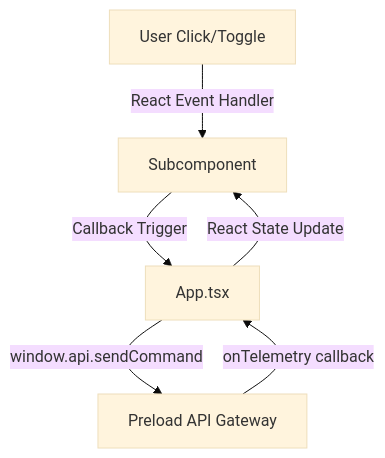
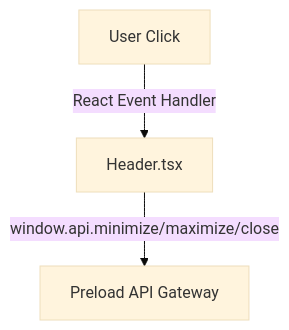
The diagram in src/renderer/CONTEXT.md (Masterslayer7/FocusSentinel), drawn with Mermaid (base theme) before and after one commit. The commit also changed other lines of this file and 3 other files, not shown here.

````diff
--- a/src/renderer/CONTEXT.md
+++ b/src/renderer/CONTEXT.md
@@ -21,9 +17,5 @@
 ```mermaid
 graph TD
-    User[User Click/Toggle] -->|React Event Handler| Comp[Subcomponent]
-    Comp -->|Callback Trigger| App[App.tsx]
-    App -->|window.api.sendCommand| Preload[Preload API Gateway]
-    
-    Preload -->|onTelemetry callback| App
-    App -->|React State Update| Comp
+    User[User Click] -->|React Event Handler| Header[Header.tsx]
+    Header -->|window.api.minimize/maximize/close| Preload[Preload API Gateway]
 ```
````
